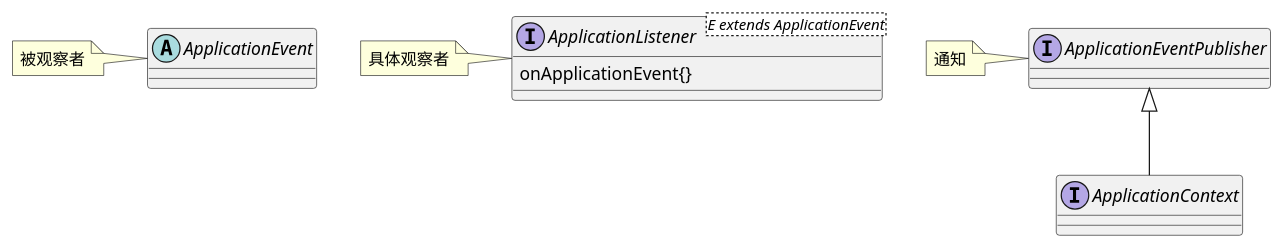
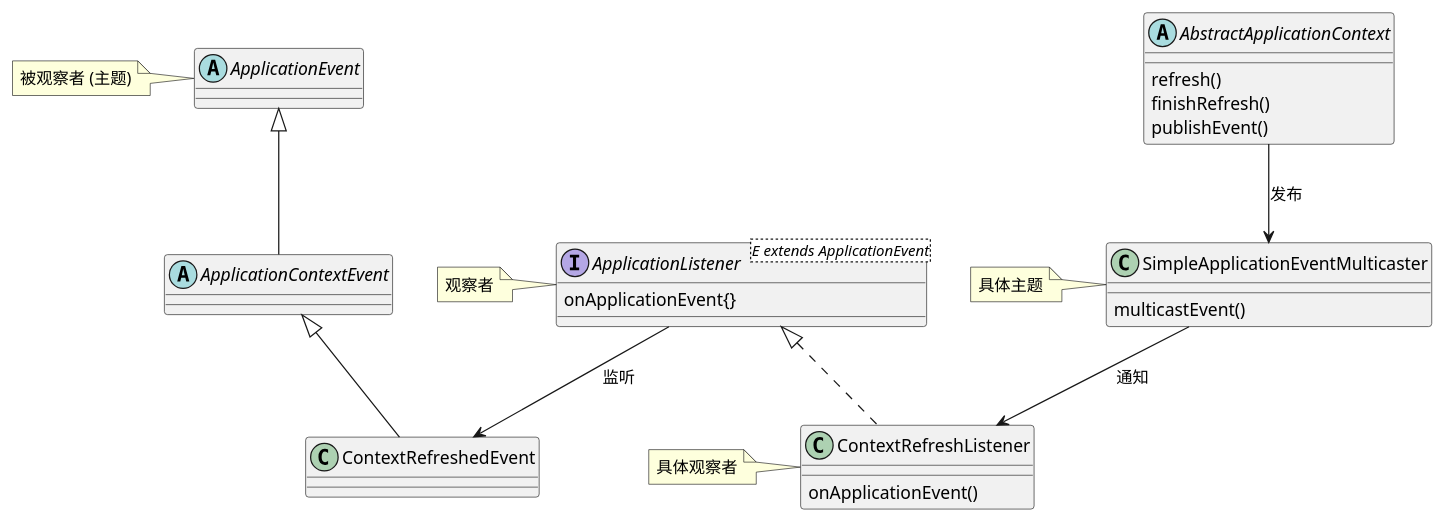
Before and after one commit to feifeihappy/spring-framework: the diagram in spring观察者模式.puml, drawn with PlantUML.

Commit message:
spring观察者模式

```diff
--- a/spring观察者模式.puml
+++ b/spring观察者模式.puml
@@ -1,19 +1,65 @@
 @startuml
 'https://plantuml.com/class-diagram
+
+'spring 入口
+'org.springframework.context.support.AbstractApplicationContext.refresh
+
+
 ' todo 未完全理解
-interface ApplicationContext extends ApplicationEventPublisher{
+'
+'主题（Subject）：也称为被观察者或可观察者，它是具有状态的对象，
+'并维护着一个观察者列表。
+'主题提供了添加、删除和通知观察者的方法。
+abstract class ApplicationEvent {
+}
+note left: 被观察者 (主题)
+
+abstract class ApplicationContextEvent extends ApplicationEvent{
 }
 
-abstract class ApplicationEvent {
+class ContextRefreshedEvent extends ApplicationContextEvent{
+
 }
-note left: 被观察者
+
+
+'具体主题（Concrete Subject）：具体主题是主题的具体实现类。
+'它维护着观察者列表，并在状态发生改变时通知观察者。
+
+class SimpleApplicationEventMulticaster{
+multicastEvent()
+'org.springframework.context.event.SimpleApplicationEventMulticaster.multicastEvent(org.springframework.context.ApplicationEvent, org.springframework.core.ResolvableType)
+}
+note left: 具体主题
+
+'观察者（Observer）：观察者是接收主题通知的对象。
+'观察者需要实现一个更新方法，当收到主题的通知时，调用该方法进行更新操作。
 
 
 interface ApplicationListener<E extends ApplicationEvent>{
 onApplicationEvent{}
 }
+note left: 观察者
+
+
+
+'具体观察者（Concrete Observer）：具体观察者是观察者的具体实现类。
+'它实现了更新方法，定义了在收到主题通知时需要执行的具体操作。
+class ContextRefreshListener implements ApplicationListener<ContextRefreshedEvent>{
+onApplicationEvent()
+}
 note left: 具体观察者
-interface ApplicationEventPublisher{
+
+abstract class AbstractApplicationContext{
+refresh()
+finishRefresh()
+publishEvent()
 }
-note left: 通知
+
+
+AbstractApplicationContext -->SimpleApplicationEventMulticaster:发布
+SimpleApplicationEventMulticaster -->ContextRefreshListener:通知
+ApplicationListener --> ContextRefreshedEvent:监听
+
+'参考：https://blog.csdn.net/u022812849/article/details/124530419
+'https://blog.csdn.net/qq_46611668/article/details/120072492
 @enduml
```
